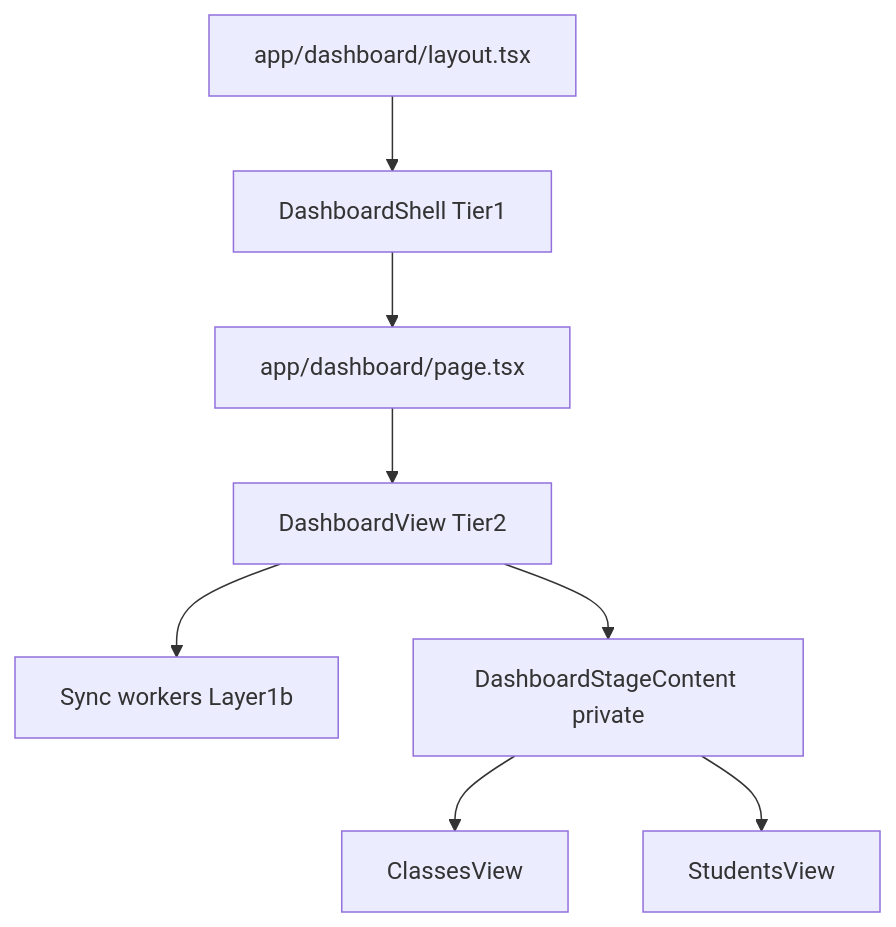
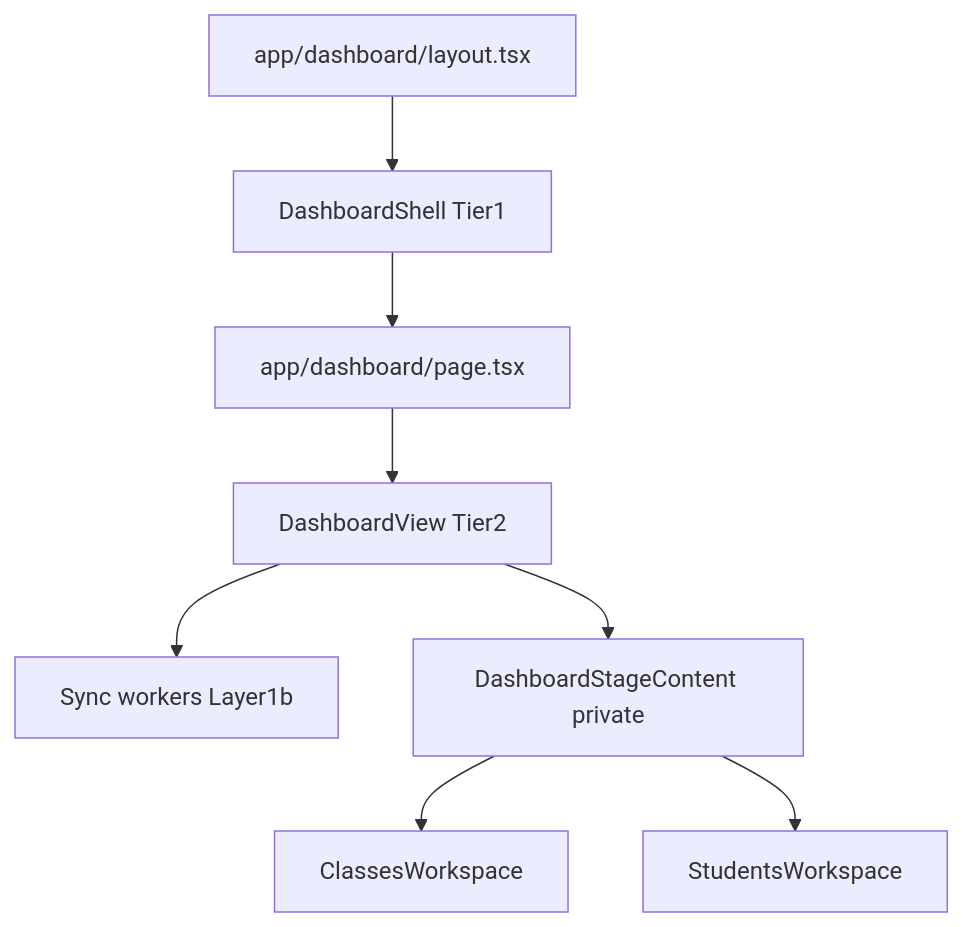
Before and after one commit to kisdreamteam/KIS-Points-V2-Live: the first of 2 diagrams in docs/architecture-plan.md, drawn with Mermaid. The commit also changed other lines of this file and 14 other files, not shown here.

First line of the commit message:
refactor: align classes/students workspace naming and stage layout

````diff
--- a/docs/architecture-plan.md
+++ b/docs/architecture-plan.md
@@ -70,18 +70,18 @@
 ```mermaid
 flowchart TD
   layout[app/dashboard/layout.tsx]
   shell[DashboardShell Tier1]
   page[app/dashboard/page.tsx]
   dv[DashboardView Tier2]
   sync[Sync workers Layer1b]
   stage[DashboardStageContent private]
-  classes[ClassesView]
-  students[StudentsView]
+  classes[ClassesWorkspace]
+  students[StudentsWorkspace]
   layout --> shell
   page --> dv
   shell --> page
   dv --> sync
   dv --> stage
   stage --> classes
   stage --> students
 ```
````
